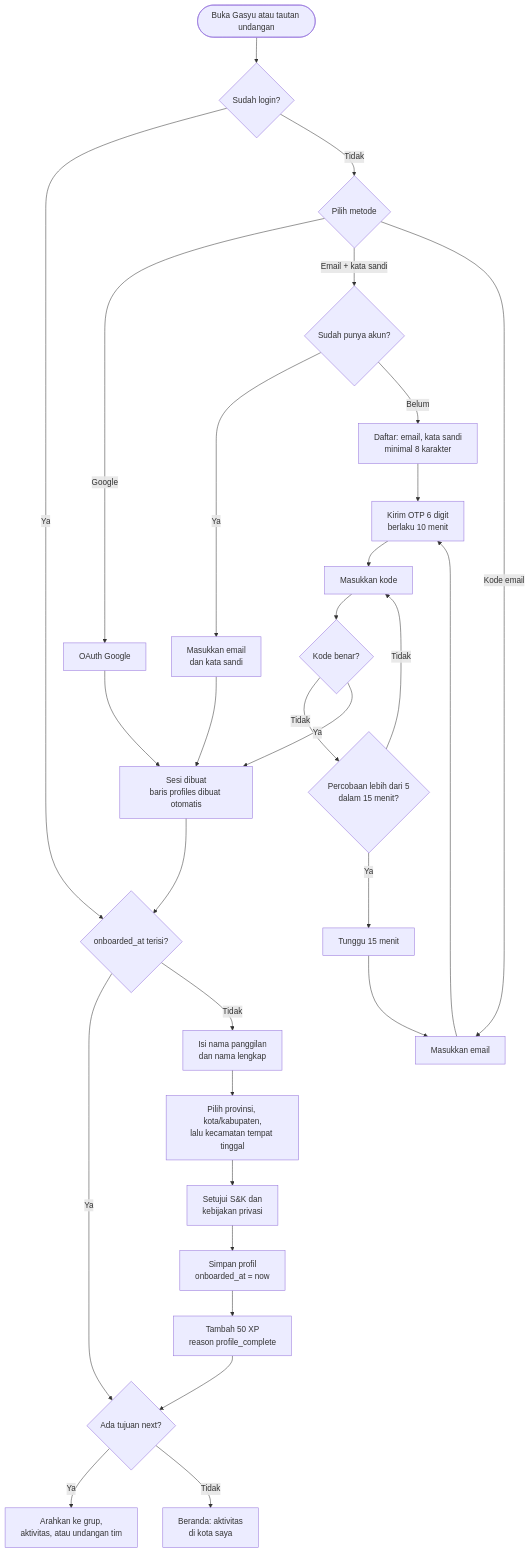
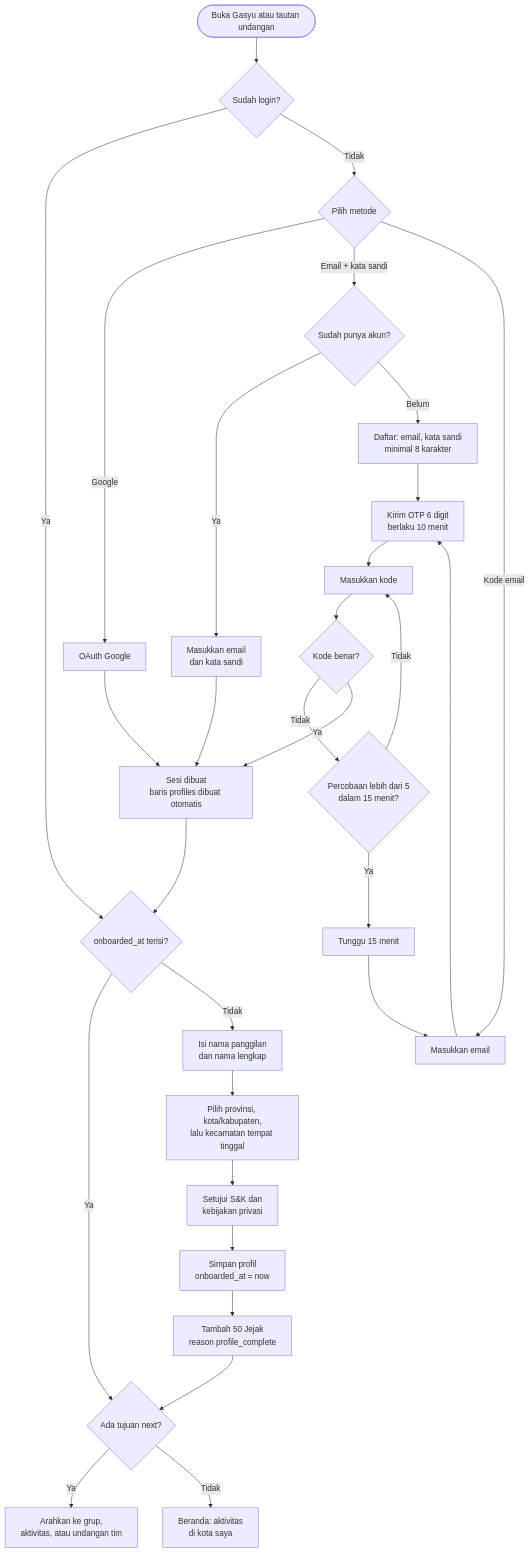
One commit to mirwanma/gasyu changed the third of 30 diagrams in docs/ALUR-SISTEM.md. Above: the diagram before and after it, drawn with Mermaid. The commit also changed other lines of this file and 42 other files, not shown here.

````diff
--- a/docs/ALUR-SISTEM.md
+++ b/docs/ALUR-SISTEM.md
@@ -184,29 +185,29 @@
 ```mermaid
 flowchart TD
     S([Buka Gasyu atau tautan undangan]) --> L{Sudah login?}
     L -- Ya --> O
     L -- Tidak --> M{Pilih metode}
     M -->|Google| G[OAuth Google]
     M -->|Email + kata sandi| PW{Sudah punya akun?}
     PW -- Ya --> PL[Masukkan email<br/>dan kata sandi] --> SES
     PW -- Belum --> SU[Daftar: email, kata sandi<br/>minimal 8 karakter] --> OT
     M -->|Kode email| E[Masukkan email]
     E --> OT[Kirim OTP 6 digit<br/>berlaku 10 menit]
     OT --> IN[Masukkan kode]
     IN --> V{Kode benar?}
     V -- Tidak --> R{Percobaan lebih dari 5<br/>dalam 15 menit?}
     R -- Ya --> BL[Tunggu 15 menit] --> E
     R -- Tidak --> IN
     V -- Ya --> SES
     G --> SES[Sesi dibuat<br/>baris profiles dibuat otomatis]
     SES --> O{onboarded_at terisi?}
     O -- Ya --> NX
     O -- Tidak --> F1[Isi nama panggilan<br/>dan nama lengkap]
     F1 --> F2[Pilih provinsi, kota/kabupaten,<br/>lalu kecamatan tempat tinggal]
     F2 --> F3[Setujui S&K dan<br/>kebijakan privasi]
     F3 --> F4[Simpan profil<br/>onboarded_at = now]
-    F4 --> XP[Tambah 50 XP<br/>reason profile_complete]
-    XP --> NX{Ada tujuan next?}
+    F4 --> Jejak[Tambah 50 Jejak<br/>reason profile_complete]
+    Jejak --> NX{Ada tujuan next?}
     NX -- Ya --> T[Arahkan ke grup,<br/>aktivitas, atau undangan tim]
     NX -- Tidak --> H[Beranda: aktivitas<br/>di kota saya]
 ```
````
